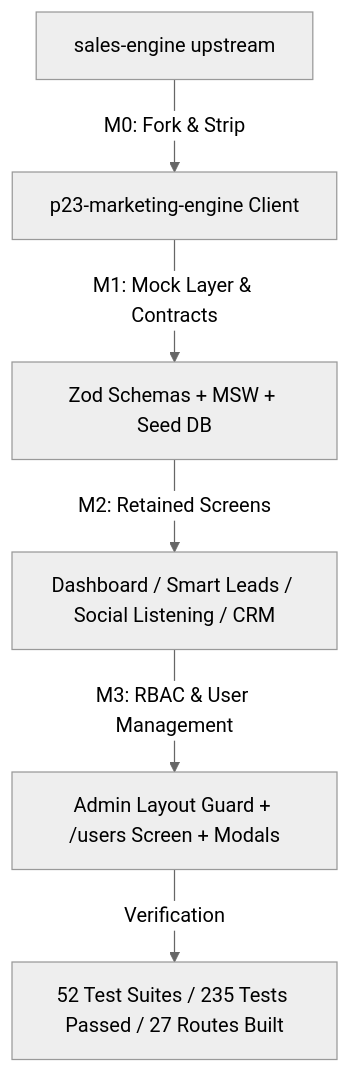
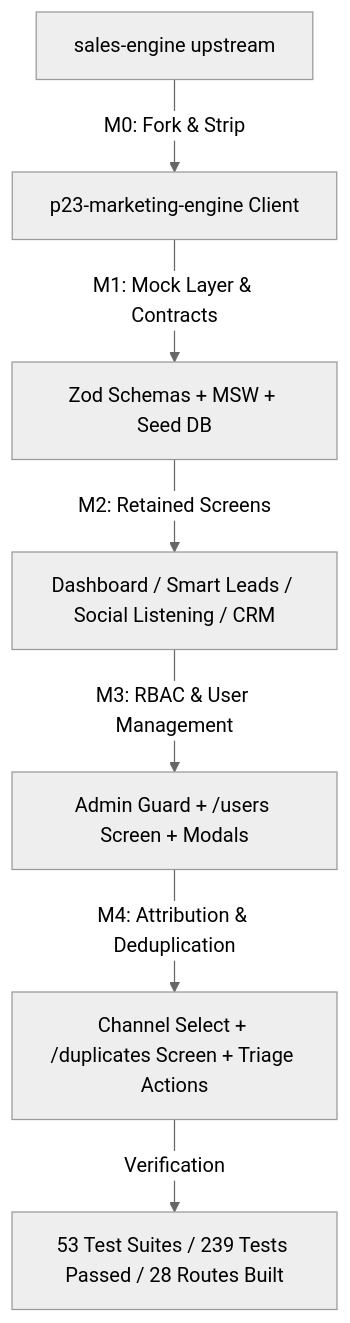
The diagram in guides/walkthrough.md (ChidiTeng/p23-marketing-engine), drawn with Mermaid (neutral theme) before and after one commit. The commit also changed other lines of this file, not shown here.

Commit message:
docs: update walkthrough with milestone M4 attribution and deduplication details

````diff
--- a/guides/walkthrough.md
+++ b/guides/walkthrough.md
@@ -7,8 +7,9 @@
 ```mermaid
 flowchart TD
     A[sales-engine upstream] -->|M0: Fork & Strip| B[p23-marketing-engine Client]
     B -->|M1: Mock Layer & Contracts| C[Zod Schemas + MSW + Seed DB]
     C -->|M2: Retained Screens| D[Dashboard / Smart Leads / Social Listening / CRM]
-    D -->|M3: RBAC & User Management| E[Admin Layout Guard + /users Screen + Modals]
-    E -->|Verification| F[52 Test Suites / 235 Tests Passed / 27 Routes Built]
+    D -->|M3: RBAC & User Management| E[Admin Guard + /users Screen + Modals]
+    E -->|M4: Attribution & Deduplication| F[Channel Select + /duplicates Screen + Triage Actions]
+    F -->|Verification| G[53 Test Suites / 239 Tests Passed / 28 Routes Built]
 ```
````
